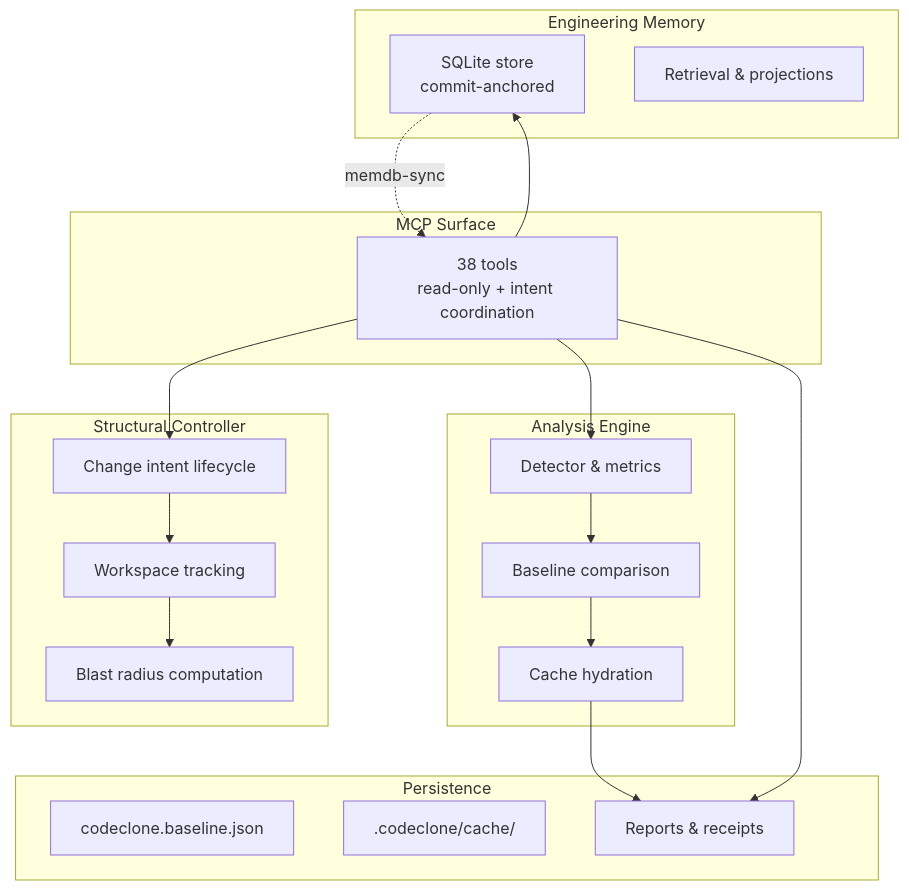
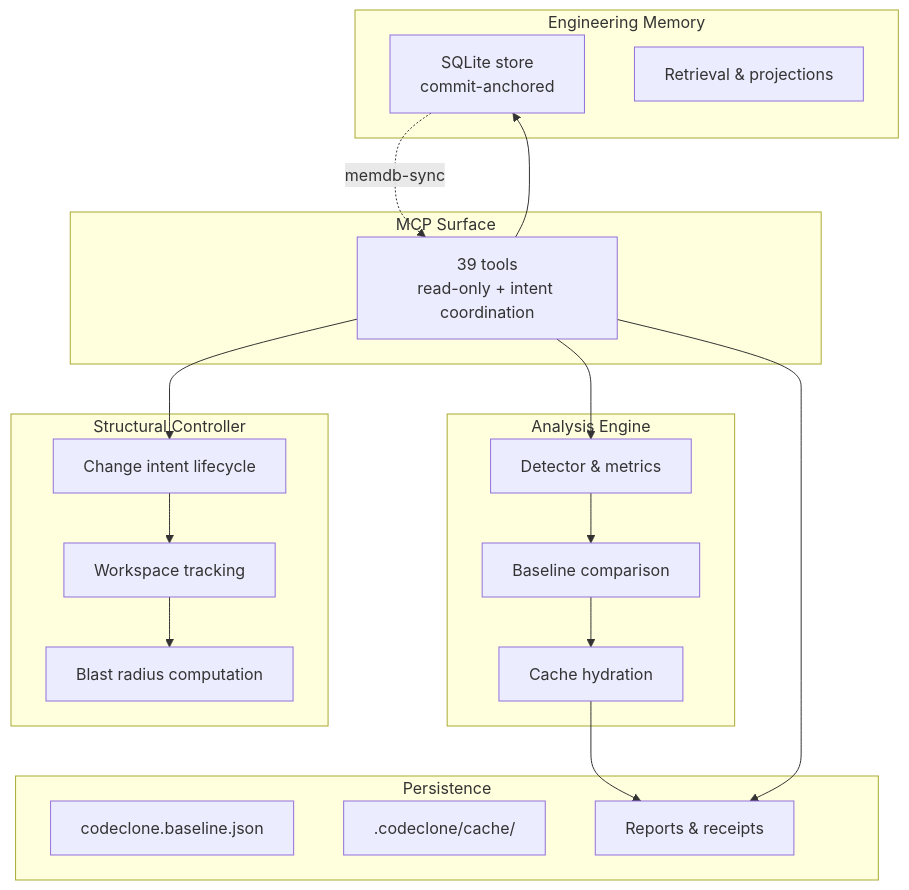
One commit to orenlab/codeclone changed the diagram in docs/internal/architecture/overview.md. Above: the diagram before and after it, drawn with Mermaid. The commit also changed other lines of this file and 5 other files, not shown here.

Commit message:
docs(mcp): state the 39 default MCP tools and derive the count from list_tools

````diff
--- a/docs/internal/architecture/overview.md
+++ b/docs/internal/architecture/overview.md
@@ -16,40 +16,40 @@
 ```mermaid
 graph TB
     subgraph "Analysis Engine"
         A[Detector & metrics]
         B[Baseline comparison]
         C[Cache hydration]
     end
 
     subgraph "Structural Controller"
         CC[Change intent lifecycle]
         WS[Workspace tracking]
         BR[Blast radius computation]
     end
 
     subgraph "Engineering Memory"
         EM[SQLite store<br/>commit-anchored]
         RET[Retrieval & projections]
     end
 
     subgraph "Persistence"
         BL[codeclone.baseline.json]
         CA[.codeclone/cache/]
         RPT[Reports & receipts]
     end
 
     subgraph "MCP Surface"
-        MCP[38 tools<br/>read-only + intent coordination]
+        MCP[39 tools<br/>read-only + intent coordination]
     end
 
     A --> B
     B --> C
     C --> RPT
     CC --> WS
     WS --> BR
     MCP --> A
     MCP --> CC
     MCP --> EM
     MCP --> RPT
     EM -.->|memdb-sync| MCP
 ```
````
